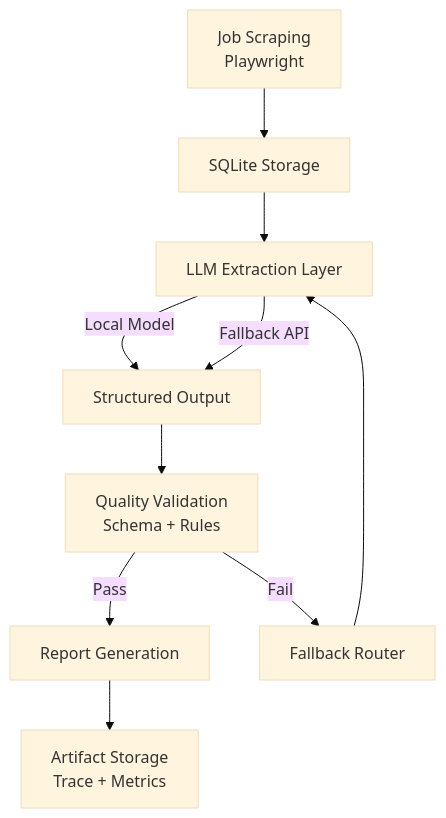
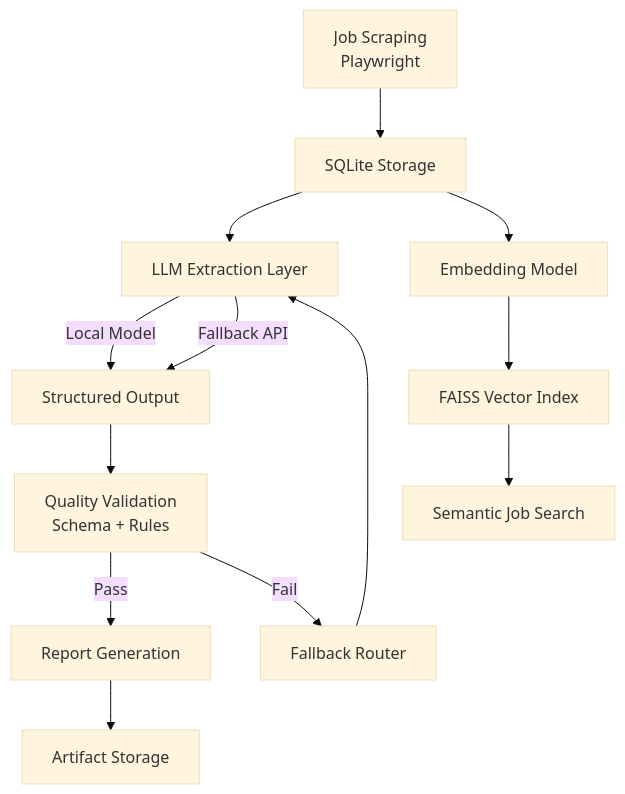
The diagram in README.md (xiangxingGuo/jobpulse), drawn with Mermaid (base theme) before and after one commit. The commit also changed other lines of this file and 1 other file, not shown here.

Commit message:
automatically updating job dataset

````diff
--- a/README.md
+++ b/README.md
@@ -42,19 +47,25 @@
 ```mermaid
 flowchart TD
 
 A[Job Scraping<br>Playwright] --> B[SQLite Storage]
 
 B --> C[LLM Extraction Layer]
 
 C -->|Local Model| D[Structured Output]
 C -->|Fallback API| D
 
 D --> E[Quality Validation<br>Schema + Rules]
 
 E -->|Pass| F[Report Generation]
 E -->|Fail| G[Fallback Router]
 
 G --> C
 
-F --> H[Artifact Storage<br>Trace + Metrics]
+B --> H[Embedding Model]
+
+H --> I[FAISS Vector Index]
+
+I --> J[Semantic Job Search]
+
+F --> K[Artifact Storage]
 ```
````
